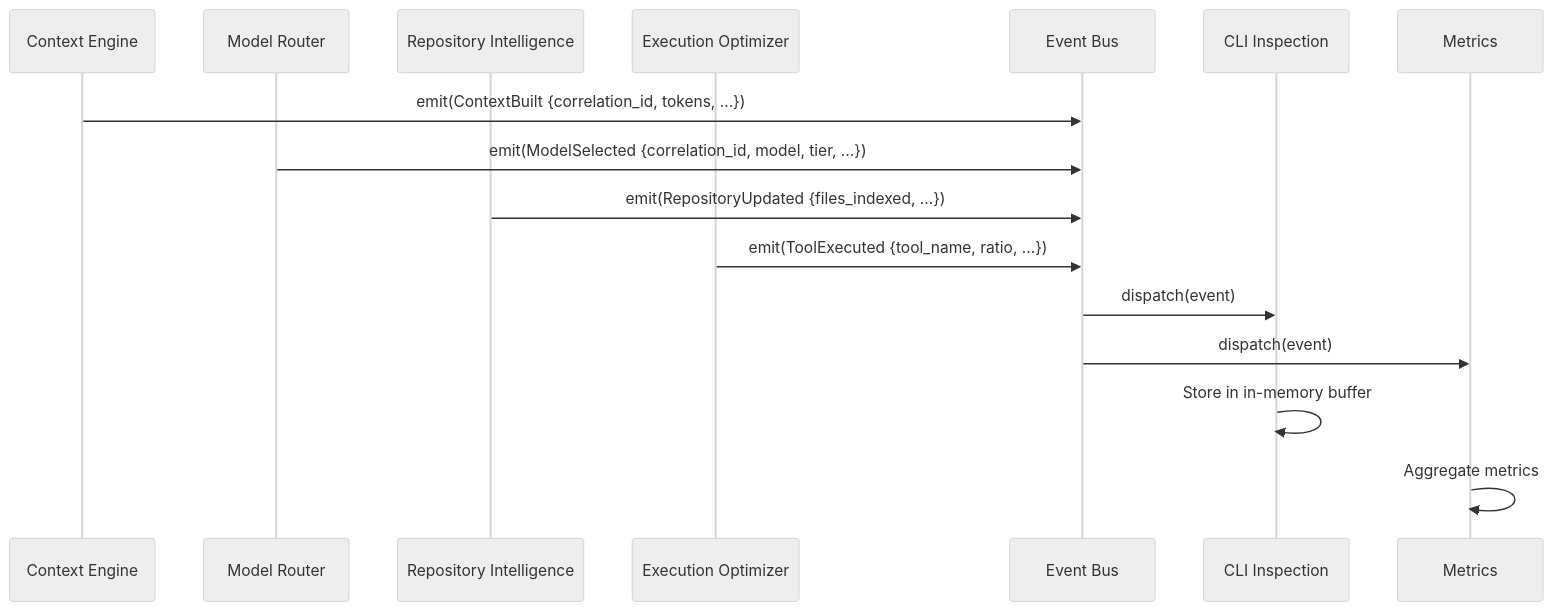
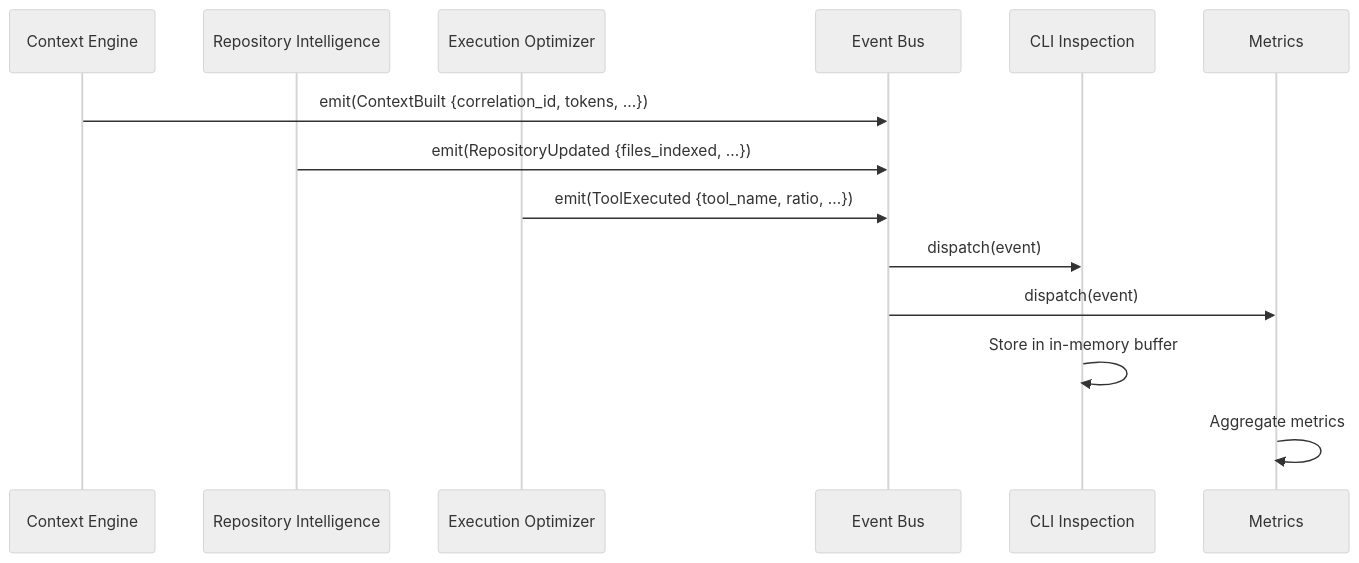
The eighth of 9 diagrams in docs/01-architecture/DATA_FLOW.md (leonortega/coderun), drawn with Mermaid (neutral theme) before and after one commit. The commit also changed other lines of this file and 260 other files, not shown here.

First line of the commit message:
feat: Add AI Runtime V1 Specification and update roadmap

````diff
--- a/docs/01-architecture/DATA_FLOW.md
+++ b/docs/01-architecture/DATA_FLOW.md
@@ -453,21 +347,19 @@
 ```mermaid
 sequenceDiagram
     participant CE as Context Engine
-    participant MR as Model Router
     participant RI as Repository Intelligence
     participant EO as Execution Optimizer
     participant EB as Event Bus
     participant CLI as CLI Inspection
     participant MET as Metrics
 
     CE->>EB: emit(ContextBuilt {correlation_id, tokens, ...})
-    MR->>EB: emit(ModelSelected {correlation_id, model, tier, ...})
     RI->>EB: emit(RepositoryUpdated {files_indexed, ...})
     EO->>EB: emit(ToolExecuted {tool_name, ratio, ...})
 
     EB->>CLI: dispatch(event)
     EB->>MET: dispatch(event)
 
     CLI->>CLI: Store in in-memory buffer
     MET->>MET: Aggregate metrics
 ```
````
